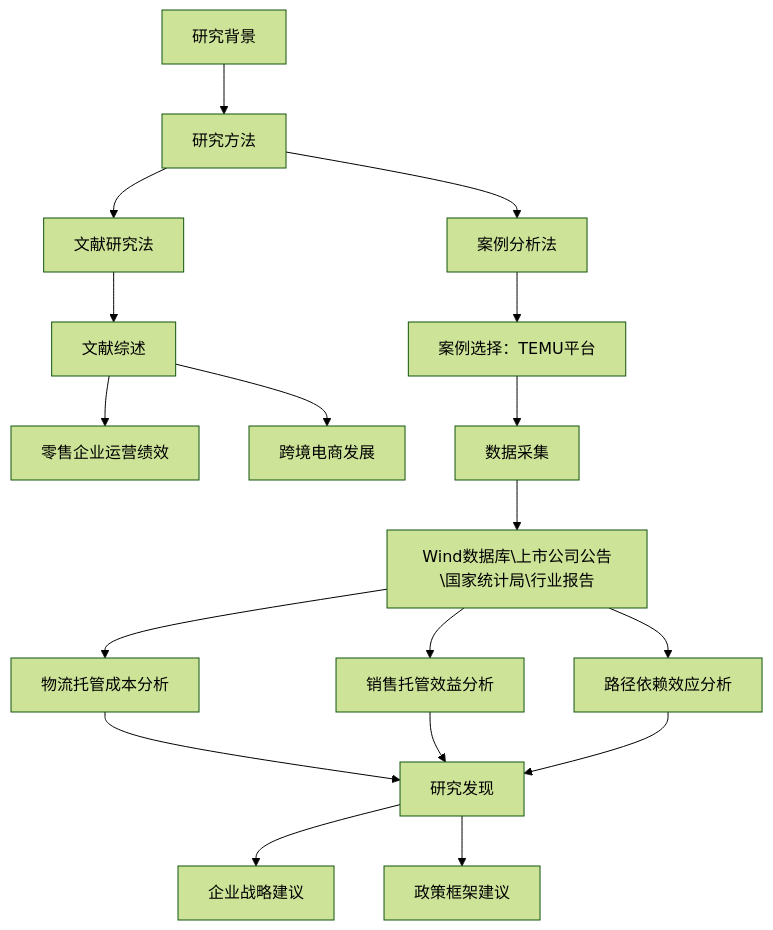
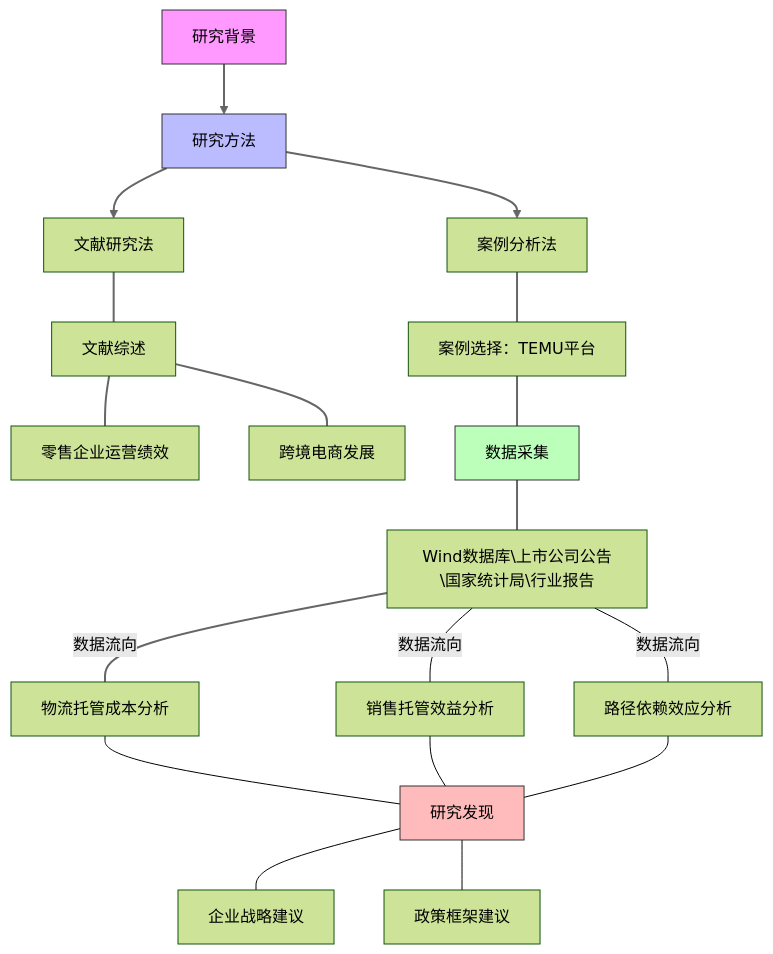
One commit to Zora0203/iodraw-files changed the diagram in all/未命名.md. Above: the diagram before and after it, drawn with Mermaid (forest theme).

Commit message:
2025-03-02 19:32:22 update

````diff
--- a/all/未命名.md
+++ b/all/未命名.md
@@ -1,29 +1,29 @@
 ```mermaid
 graph TD
     A[研究背景] --> B[研究方法]
     B --> B1[文献研究法]
     B --> B2[案例分析法]
 
- 
-    
-    B1 --> C[文献综述]
-    C --> C1[零售企业运营绩效]
-    C --> C2[跨境电商发展]
+    B1 --- C[文献综述]
+    C --- C1[零售企业运营绩效]
+    C --- C2[跨境电商发展]
 
-    
-    B2 --> D[案例选择：TEMU平台]
-    D --> D1[数据采集]
-    D1 --> D11[Wind数据库\上市公司公告\国家统计局\行业报告]
+    B2 --- D[案例选择：TEMU平台]
+    D --- D1[数据采集]
+    D1 --- D11[Wind数据库\上市公司公告\国家统计局\行业报告]
 
-    
-    D11--> E1[物流托管成本分析]
-   D11 --> E2[销售托管效益分析]
-    D11 --> E3[路径依赖效应分析]
+    D11---|数据流向| E1[物流托管成本分析]
+    D11---|数据流向| E2[销售托管效益分析]
+    D11---|数据流向| E3[路径依赖效应分析]
 
-    E1 & E2 & E3 --> I[研究发现]
-    I --> J[企业战略建议]
-    I --> K[政策框架建议]
+    E1 & E2 & E3 --- I[研究发现]
+    I --- J[企业战略建议]
+    I --- K[政策框架建议]
 
-    
+    style A fill:#f9f,stroke:#333
+    style B fill:#bbf,stroke:#333
+    style D1 fill:#bfb,stroke:#333
+    style I fill:#fbb,stroke:#333
 
+    linkStyle 0,1,2,3,4,5,6,7,8,9 stroke:#666,stroke-width:2px
 ```
````
